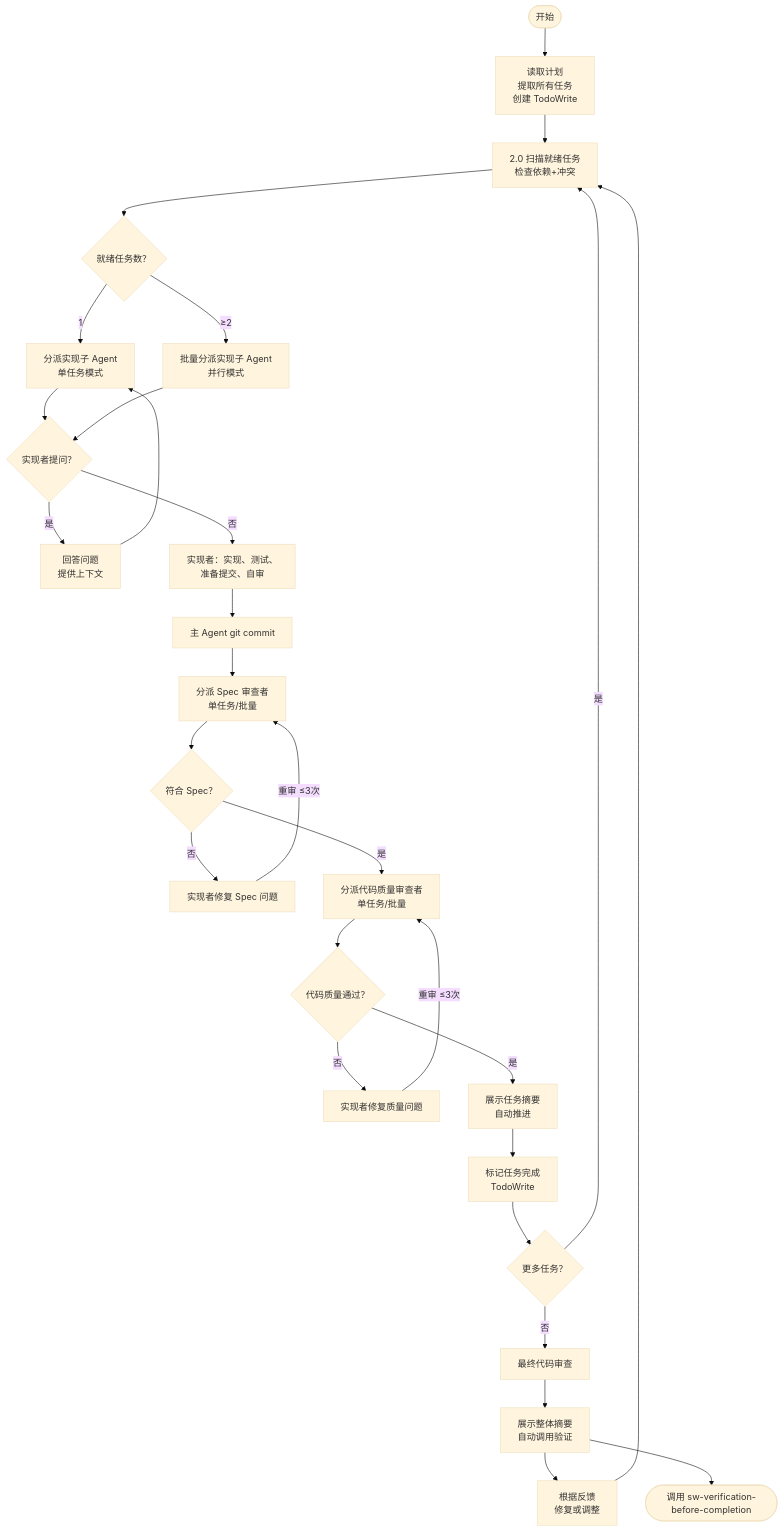
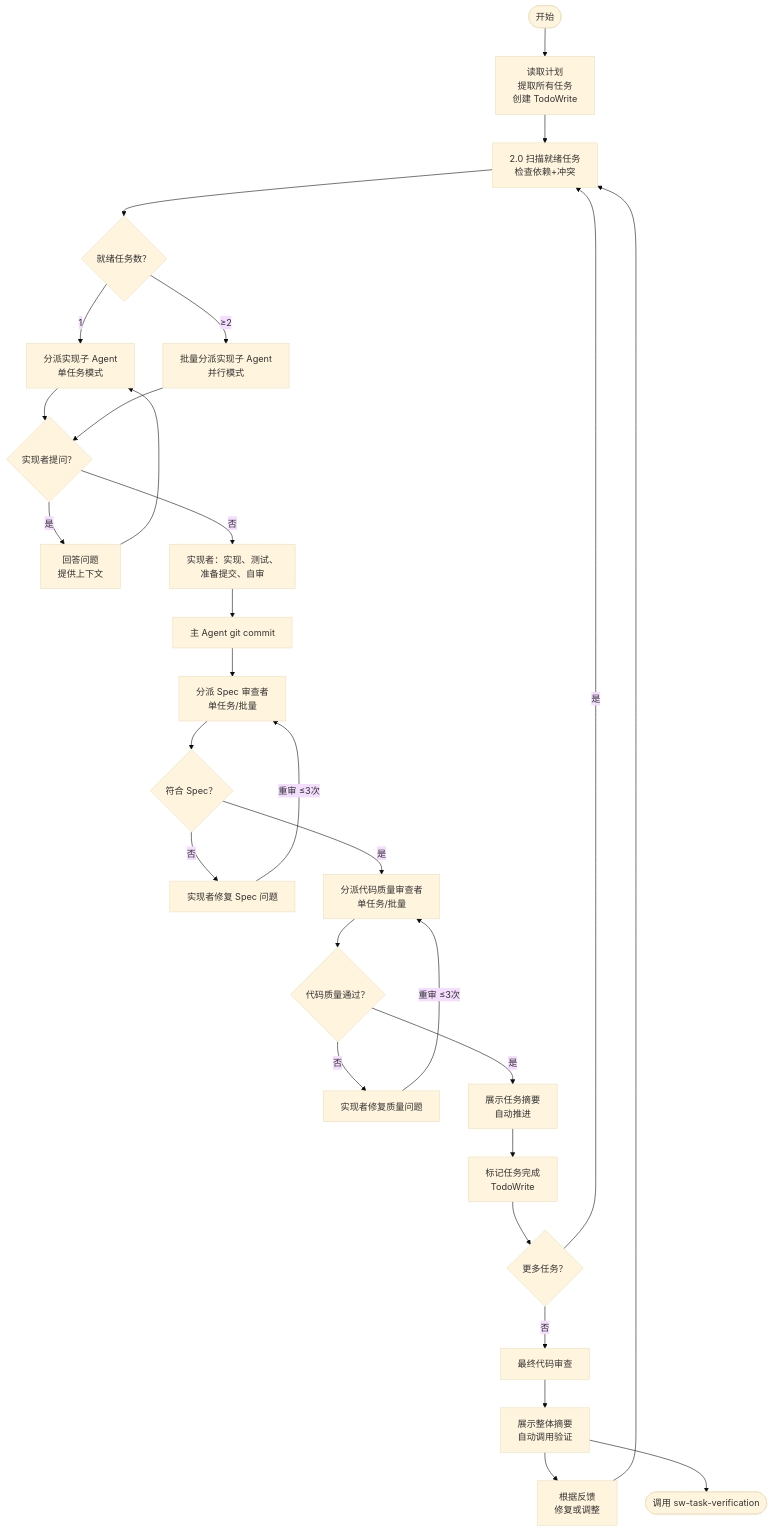
One commit to vaycentsun/sw-agiledevelopment changed the second of 2 diagrams in sw-subagent-development/SKILL.md. Above: the diagram before and after it, drawn with Mermaid (base theme). The commit also changed other lines of this file and 26 other files, not shown here.

````diff
--- a/sw-subagent-development/SKILL.md
+++ b/sw-subagent-development/SKILL.md
@@ -29,31 +29,31 @@
 ```mermaid
 flowchart TD
     Start([开始]) --> Read[读取计划<br/>提取所有任务<br/>创建 TodoWrite]
     Read --> ScanReady[2.0 扫描就绪任务<br/>检查依赖+冲突]
     ScanReady --> ReadyCount{就绪任务数？}
     ReadyCount -->|1| DispatchImpl[分派实现子 Agent<br/>单任务模式]
     ReadyCount -->|≥2| DispatchBatch[批量分派实现子 Agent<br/>并行模式]
     DispatchImpl --> ImplAsks{实现者提问？}
     DispatchBatch --> ImplAsks
     ImplAsks -->|是| Answer[回答问题<br/>提供上下文]
     Answer --> DispatchImpl
     ImplAsks -->|否| ImplWork[实现者：实现、测试、<br/>准备提交、自审]
     ImplWork --> Commit[主 Agent git commit]
     Commit --> DispatchSpec[分派 Spec 审查者<br/>单任务/批量]
     DispatchSpec --> SpecOk{符合 Spec？}
     SpecOk -->|否| FixSpec[实现者修复 Spec 问题]
     FixSpec -->|重审 ≤3次| DispatchSpec
     SpecOk -->|是| DispatchCode[分派代码质量审查者<br/>单任务/批量]
     DispatchCode --> CodeOk{代码质量通过？}
     CodeOk -->|否| FixCode[实现者修复质量问题]
     FixCode -->|重审 ≤3次| DispatchCode
     CodeOk -->|是| ShowSummary[展示任务摘要<br/>自动推进]
     ShowSummary --> MarkDone[标记任务完成<br/>TodoWrite]
     MarkDone --> MoreTasks{更多任务？}
     MoreTasks -->|是| ScanReady
     MoreTasks -->|否| FinalReview[最终代码审查]
     FinalReview --> ShowFinal[展示整体摘要<br/>自动调用验证]
     ShowFinal --> FixFinal[根据反馈<br/>修复或调整]
     FixFinal --> ScanReady
-    ShowFinal --> Finish([调用 sw-verification-before-completion])
+    ShowFinal --> Finish([调用 sw-task-verification])
 ```
````
